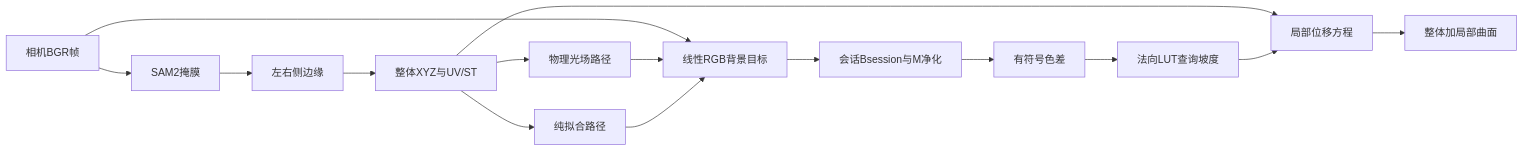
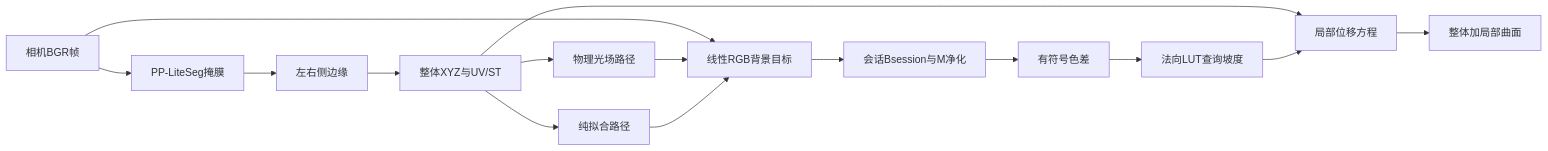
One commit to chaoyiL/recon changed the diagram in docs/recon_math.md. Above: the diagram before and after it, drawn with Mermaid. The commit also changed other lines of this file and 47 other files, not shown here.

````diff
--- a/docs/recon_math.md
+++ b/docs/recon_math.md
@@ -51,17 +51,17 @@
 ```mermaid
 flowchart LR
-    Frame[相机BGR帧] --> Mask[SAM2掩膜]
+    Frame[相机BGR帧] --> Mask[PP-LiteSeg掩膜]
     Mask --> Edges[左右侧边缘]
     Edges --> Global[整体XYZ与UV/ST]
     Global --> Physical[物理光场路径]
     Global --> Direct[纯拟合路径]
     Frame --> Residual[线性RGB背景目标]
     Physical --> Residual
     Direct --> Residual
     Residual --> Clean[会话Bsession与M净化]
     Clean --> Signed[有符号色差]
     Signed --> Slope[法向LUT查询坡度]
     Global --> Local[局部位移方程]
     Slope --> Local
     Local --> Output[整体加局部曲面]
 ```
````
